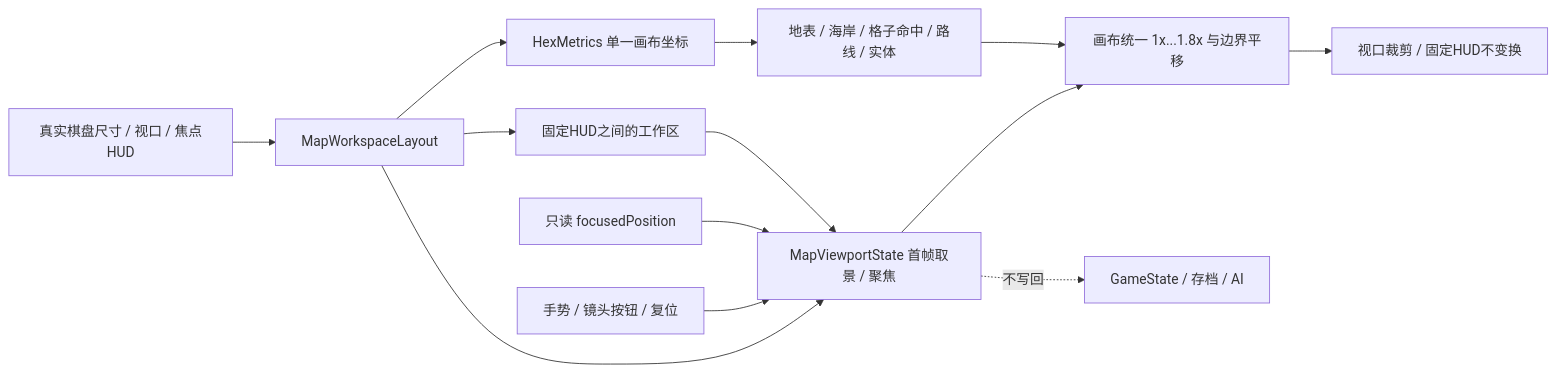
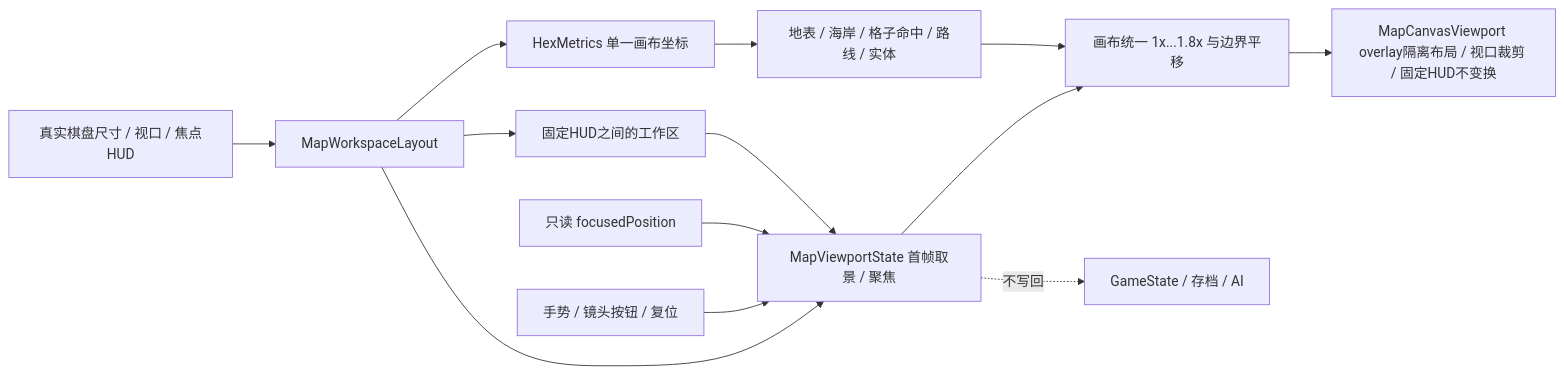
Before and after one commit to Altman-sam114/119: the second of 25 diagrams in md/flow/flowchart.md, drawn with Mermaid. The commit also changed 8 other files, not shown here.

Commit message:
fix: keep enlarged map canvas out of fixed HUD layout

````diff
--- a/md/flow/flowchart.md
+++ b/md/flow/flowchart.md
@@ -28,15 +28,15 @@
 ```mermaid
 flowchart LR
     T[真实棋盘尺寸 / 视口 / 焦点HUD] --> W[MapWorkspaceLayout]
     W --> H[HexMetrics 单一画布坐标]
     W --> R[固定HUD之间的工作区]
     H --> M[地表 / 海岸 / 格子命中 / 路线 / 实体]
     S[只读 focusedPosition] --> C[MapViewportState 首帧取景 / 聚焦]
     R --> C
     W --> C
     P[手势 / 镜头按钮 / 复位] --> C
     C --> V[画布统一 1x...1.8x 与边界平移]
     M --> V
-    V --> F[视口裁剪 / 固定HUD不变换]
+    V --> F[MapCanvasViewport overlay隔离布局 / 视口裁剪 / 固定HUD不变换]
     C -.不写回.-> G[GameState / 存档 / AI]
 ```
````
